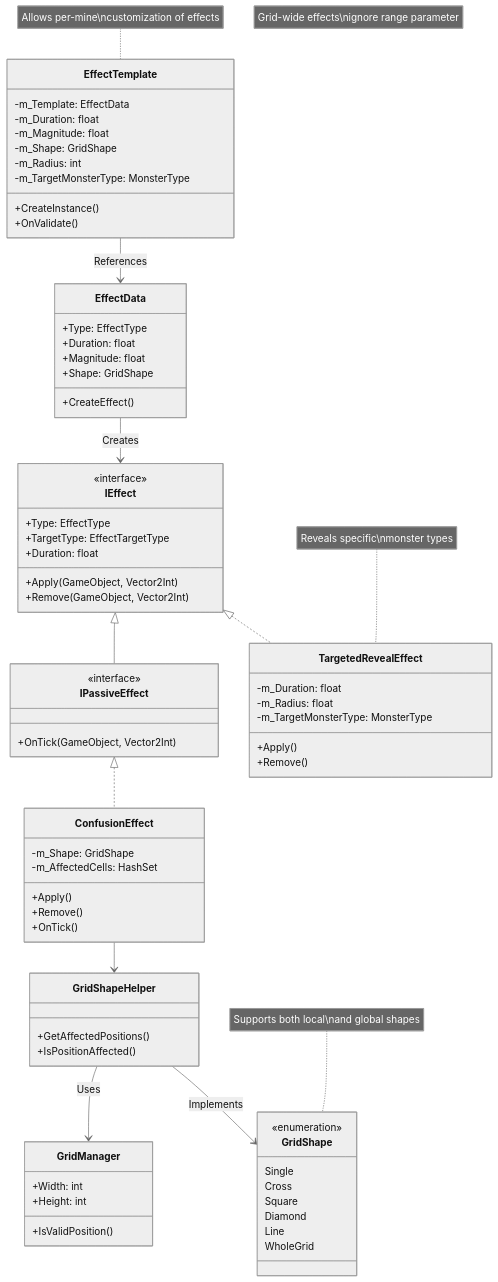
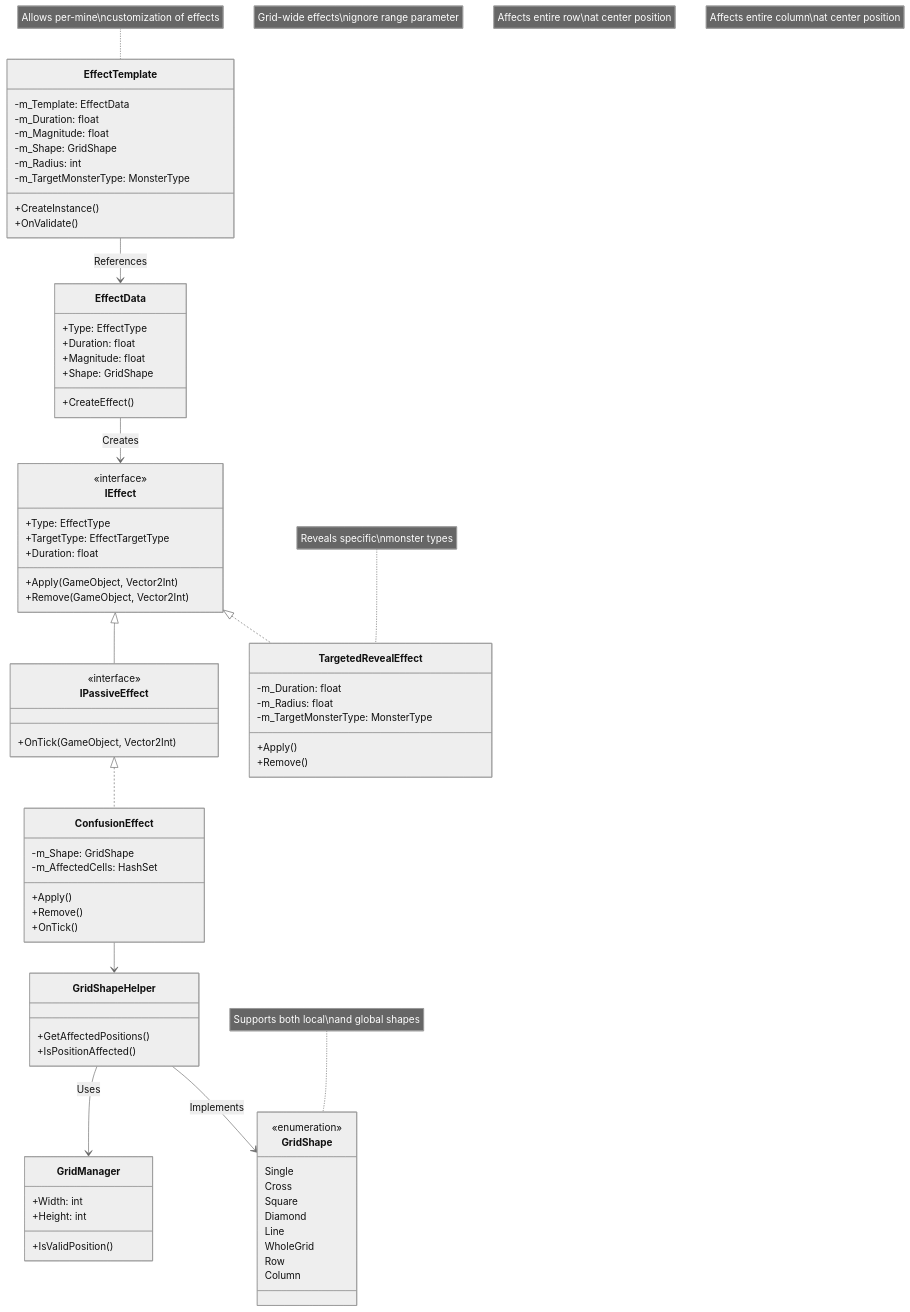
One commit to Coelancanth/RPGSweeper changed the diagram in Assets/Docs/Architecture.md. Above: the diagram before and after it, drawn with Mermaid (neutral theme). The commit also changed 16 other files, not shown here.

````diff
--- a/Assets/Docs/Architecture.md
+++ b/Assets/Docs/Architecture.md
@@ -2,76 +2,80 @@
 ```mermaid
 classDiagram
 class IEffect {
 <<interface>>
 +Type: EffectType
 +TargetType: EffectTargetType
 +Duration: float
 +Apply(GameObject, Vector2Int)
 +Remove(GameObject, Vector2Int)
 }
 class IPassiveEffect {
 <<interface>>
 +OnTick(GameObject, Vector2Int)
 }
 class EffectTemplate {
 -m_Template: EffectData
 -m_Duration: float
 -m_Magnitude: float
 -m_Shape: GridShape
 -m_Radius: int
 -m_TargetMonsterType: MonsterType
 +CreateInstance()
 +OnValidate()
 }
 class EffectData {
 +Type: EffectType
 +Duration: float
 +Magnitude: float
 +Shape: GridShape
 +CreateEffect()
 }
 class GridShape {
 <<enumeration>>
 Single
 Cross
 Square
 Diamond
 Line
 WholeGrid
+Row
+Column
 }
 class GridShapeHelper {
 +GetAffectedPositions()
 +IsPositionAffected()
 }
 class GridManager {
 +Width: int
 +Height: int
 +IsValidPosition()
 }
 class TargetedRevealEffect {
 -m_Duration: float
 -m_Radius: float
 -m_TargetMonsterType: MonsterType
 +Apply()
 +Remove()
 }
 class ConfusionEffect {
 -m_Shape: GridShape
 -m_AffectedCells: HashSet
 +Apply()
 +Remove()
 +OnTick()
 }
 IEffect <|-- IPassiveEffect
 IPassiveEffect <|.. ConfusionEffect
 IEffect <|.. TargetedRevealEffect
 ConfusionEffect --> GridShapeHelper
 EffectTemplate --> EffectData : References
 EffectData --> IEffect : Creates
 GridShapeHelper --> GridManager : Uses
 GridShapeHelper --> GridShape : Implements
 note for EffectTemplate "Allows per-mine\ncustomization of effects"
 note for TargetedRevealEffect "Reveals specific\nmonster types"
 note for GridShape "Supports both local\nand global shapes"
 note for WholeGrid "Grid-wide effects\nignore range parameter"
+note for Row "Affects entire row\nat center position"
+note for Column "Affects entire column\nat center position"
 ``` 
````
